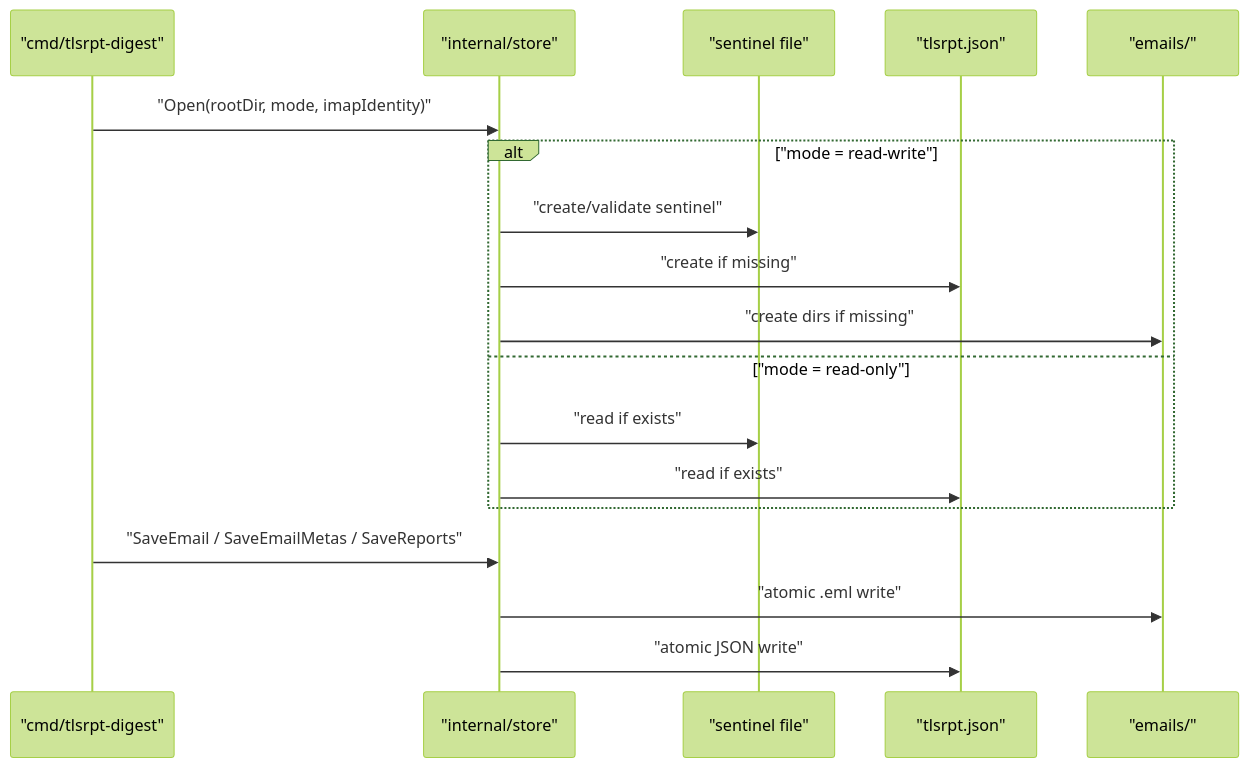
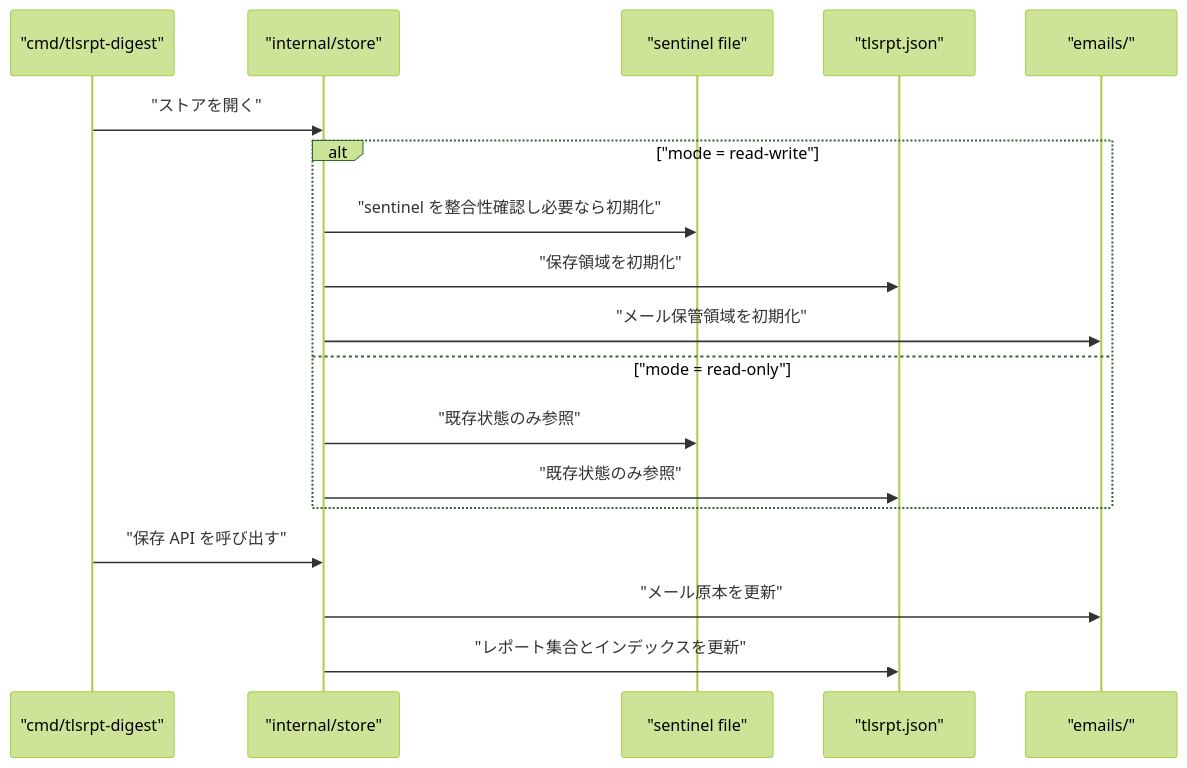
The fifth of 15 diagrams in docs/tasks/0040_store/02_architecture.md (isseis/tlsrpt-digest), drawn with Mermaid (forest theme) before and after one commit. The commit also changed other lines of this file, not shown here.

First line of the commit message:
docs(task 0040): refine store architecture design

````diff
--- a/docs/tasks/0040_store/02_architecture.md
+++ b/docs/tasks/0040_store/02_architecture.md
@@ -133,21 +150,21 @@
 ```mermaid
 sequenceDiagram
     participant EP as "cmd/tlsrpt-digest"
     participant ST as "internal/store"
     participant SF as "sentinel file"
     participant DF as "tlsrpt.json"
     participant EF as "emails/"
 
-    EP->>ST: "Open(rootDir, mode, imapIdentity)"
+    EP->>ST: "ストアを開く"
     alt "mode = read-write"
-        ST->>SF: "create/validate sentinel"
-        ST->>DF: "create if missing"
-        ST->>EF: "create dirs if missing"
+        ST->>SF: "sentinel を整合性確認し必要なら初期化"
+        ST->>DF: "保存領域を初期化"
+        ST->>EF: "メール保管領域を初期化"
     else "mode = read-only"
-        ST->>SF: "read if exists"
-        ST->>DF: "read if exists"
+        ST->>SF: "既存状態のみ参照"
+        ST->>DF: "既存状態のみ参照"
     end
-    EP->>ST: "SaveEmail / SaveEmailMetas / SaveReports"
-    ST->>EF: "atomic .eml write"
-    ST->>DF: "atomic JSON write"
+    EP->>ST: "保存 API を呼び出す"
+    ST->>EF: "メール原本を更新"
+    ST->>DF: "レポート集合とインデックスを更新"
 ```
````
